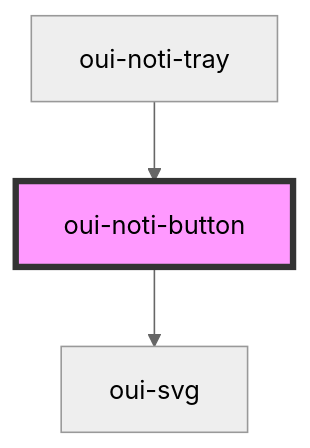
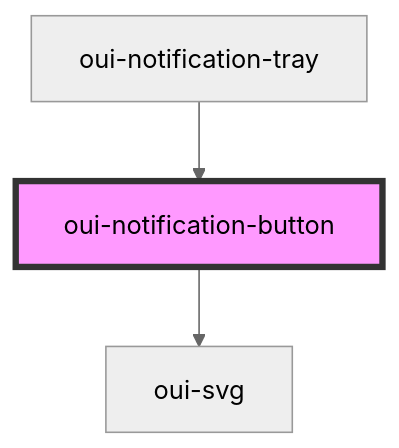
The diagram in src/components/notification-tray/button/readme.md (oberd/oui), drawn with Mermaid (neutral theme) before and after one commit. The commit also changed other lines of this file and 19 other files, not shown here.

````diff
--- a/src/components/notification-tray/button/readme.md
+++ b/src/components/notification-tray/button/readme.md
@@ -27,6 +27,6 @@
 ```mermaid
 graph TD;
-  oui-noti-button --> oui-svg
-  oui-noti-tray --> oui-noti-button
-  style oui-noti-button fill:#f9f,stroke:#333,stroke-width:4px
+  oui-notification-button --> oui-svg
+  oui-notification-tray --> oui-notification-button
+  style oui-notification-button fill:#f9f,stroke:#333,stroke-width:4px
 ```
````
